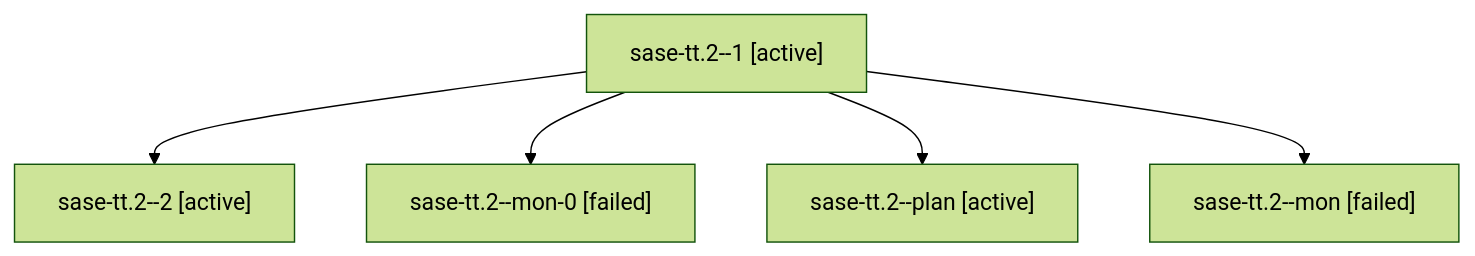
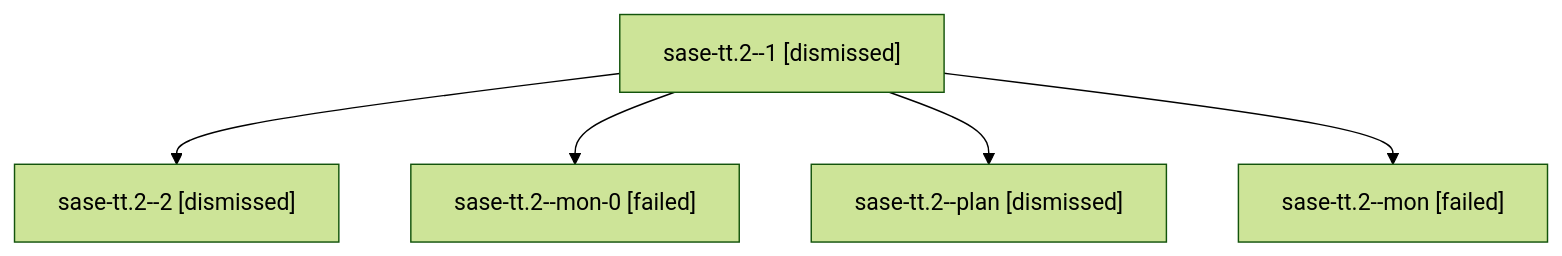
One commit to sase-org/sase--agents changed the diagram in sessions/bbugyi200.athena.sase-tt.2.md. Above: the diagram before and after it, drawn with Mermaid (forest theme). The commit also changed other lines of this file and 262 other files, not shown here.

````diff
--- a/sessions/bbugyi200.athena.sase-tt.2.md
+++ b/sessions/bbugyi200.athena.sase-tt.2.md
@@ -9,12 +9,12 @@
 ```mermaid
 flowchart TD
-  n0["sase-tt.2--1 [active]"]
-  n1["sase-tt.2--2 [active]"]
+  n0["sase-tt.2--1 [dismissed]"]
+  n1["sase-tt.2--2 [dismissed]"]
   n0 --> n1
   n2["sase-tt.2--mon-0 [failed]"]
   n0 --> n2
-  n3["sase-tt.2--plan [active]"]
+  n3["sase-tt.2--plan [dismissed]"]
   n0 --> n3
   n4["sase-tt.2--mon [failed]"]
   n0 --> n4
 ```
````
